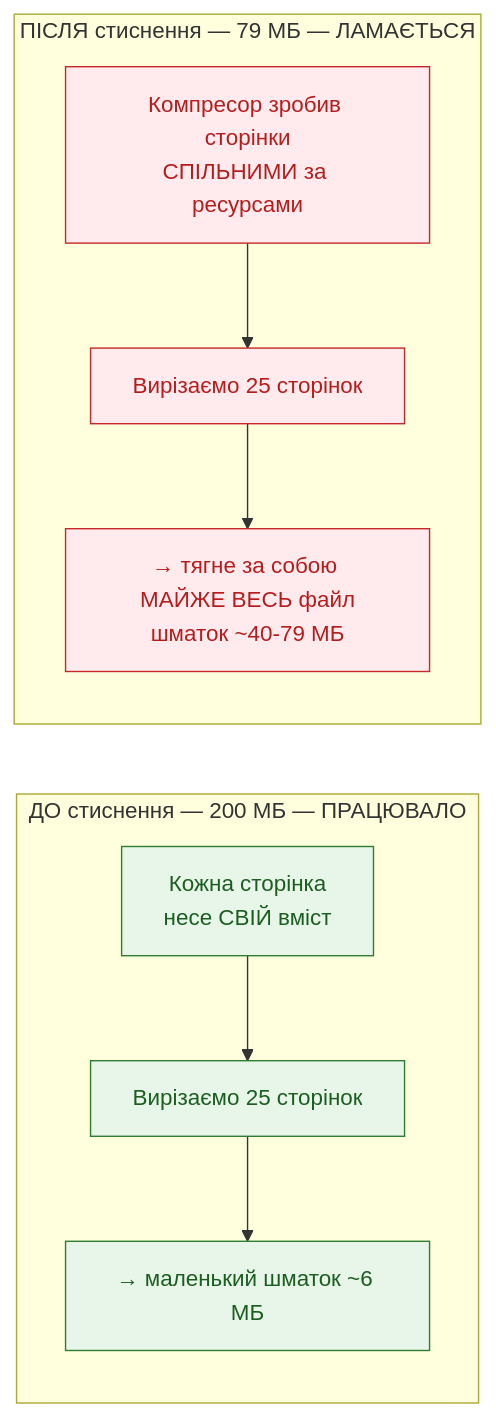
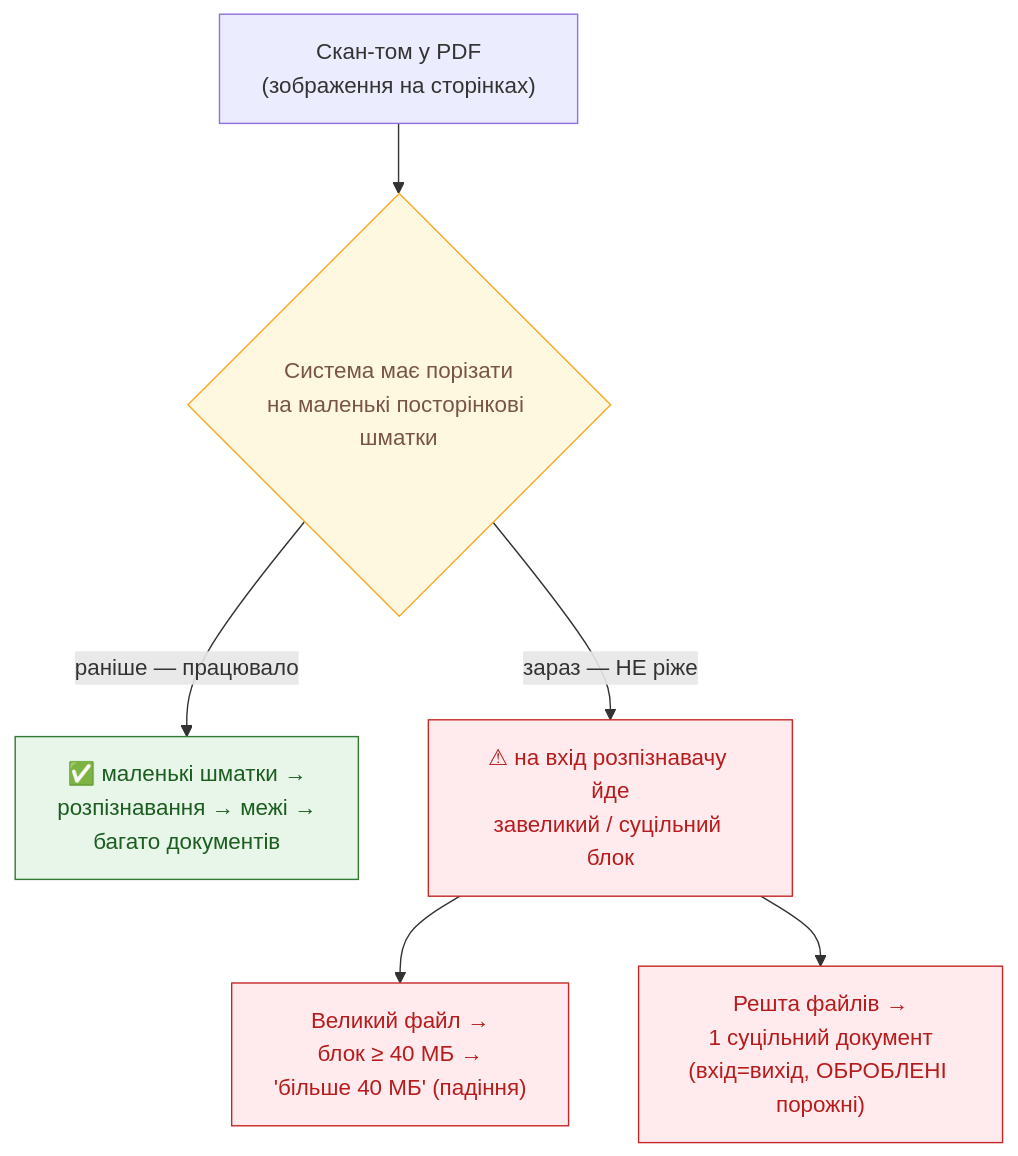
One commit to vadymlevyt/registry changed the second of 5 diagrams in docs/mermaid/flow_dp_regression_40mb_diagnosis.md. Above: the diagram before and after it, drawn with Mermaid. The commit also changed other lines of this file and 1 other file, not shown here.

````diff
--- a/docs/mermaid/flow_dp_regression_40mb_diagnosis.md
+++ b/docs/mermaid/flow_dp_regression_40mb_diagnosis.md
@@ -42,21 +40,17 @@
 ```mermaid
-flowchart LR
-    subgraph BEFORE["ДО стиснення — 200 МБ — ПРАЦЮВАЛО"]
-        B1["Кожна сторінка<br/>несе СВІЙ вміст"]
-        B2["Вирізаємо 25 сторінок"]
-        B3["→ маленький шматок ~6 МБ"]
-        B1 --> B2 --> B3
-    end
+flowchart TD
+    IN["Скан-том у PDF<br/>(зображення на сторінках)"] --> CUT{"Система має порізати<br/>на маленькі посторінкові шматки"}
 
-    subgraph AFTER["ПІСЛЯ стиснення — 79 МБ — ЛАМАЄТЬСЯ"]
-        A1["Компресор зробив сторінки<br/>СПІЛЬНИМИ за ресурсами"]
-        A2["Вирізаємо 25 сторінок"]
-        A3["→ тягне за собою МАЙЖЕ ВЕСЬ файл<br/>шматок ~40-79 МБ"]
-        A1 --> A2 --> A3
-    end
+    CUT -->|"раніше — працювало"| OK["✅ маленькі шматки →<br/>розпізнавання → межі →<br/>багато документів"]
+
+    CUT -->|"зараз — НЕ ріже"| BAD["⚠ на вхід розпізнавачу йде<br/>завеликий / суцільний блок"]
+    BAD --> R1["Великий файл →<br/>блок &ge; 40 МБ →<br/>'більше 40 МБ' (падіння)"]
+    BAD --> R2["Решта файлів →<br/>1 суцільний документ<br/>(вхід=вихід, ОБРОБЛЕНІ порожні)"]
 
     classDef ok fill:#e8f5e9,stroke:#2e7d32,color:#1b5e20;
     classDef bad fill:#ffebee,stroke:#c62828,color:#b71c1c;
-    class B1,B2,B3 ok;
-    class A1,A2,A3 bad;
+    classDef q fill:#fff8e1,stroke:#f9a825,color:#795548;
+    class OK ok;
+    class BAD,R1,R2 bad;
+    class CUT q;
 ```
````
